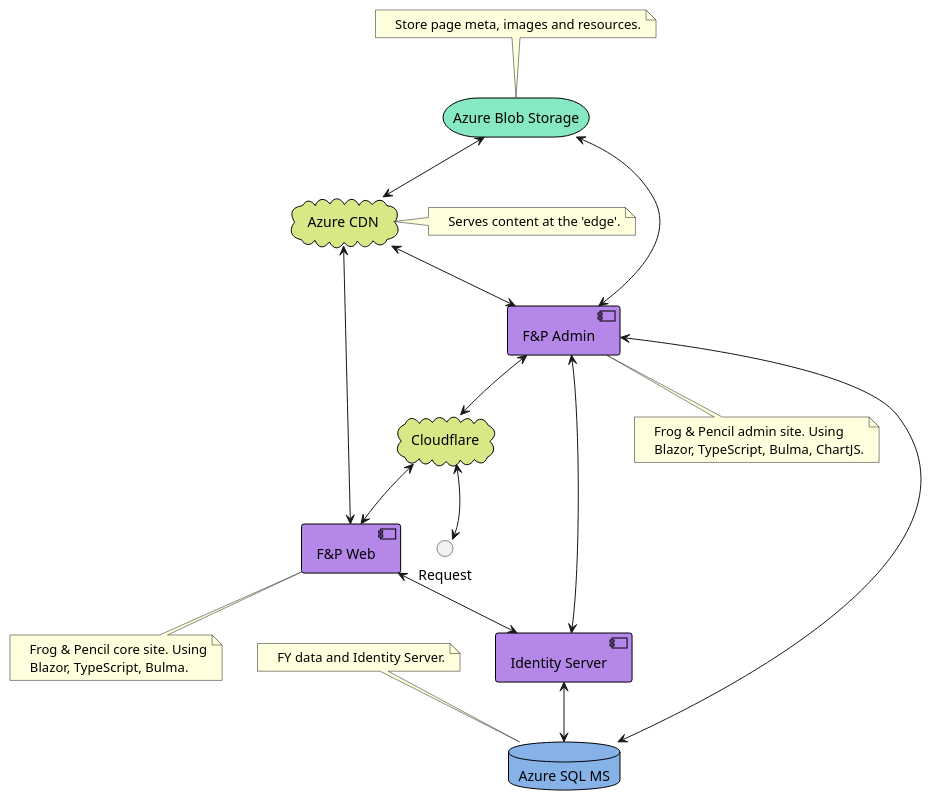
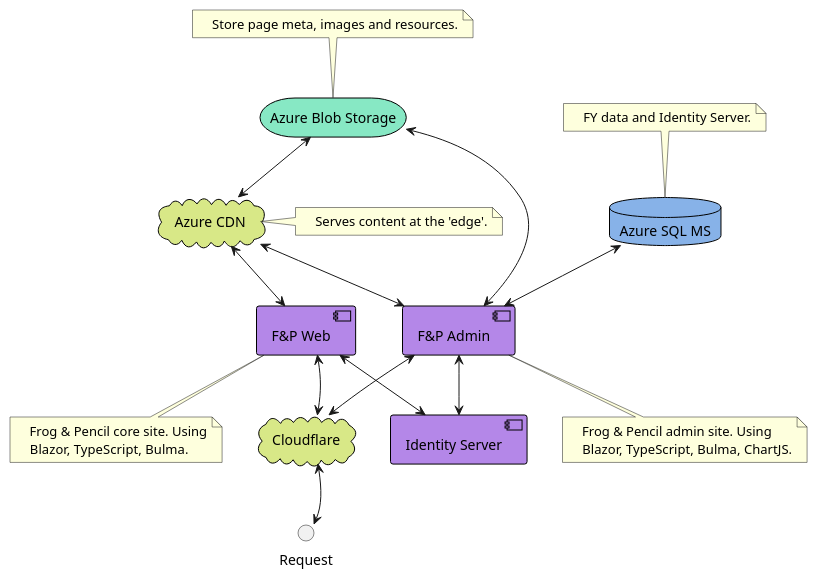
The second of 2 diagrams in obsidian-vault/🐸 Frog & Pencil/Architecture Diagram.md (bearandhammer/knowledge-vault), drawn with PlantUML before and after one commit.

Commit message:
Lews PC vault backup: 07/04/2022 08:43:19
Affected files:
obsidian-vault/🐸 Frog & Pencil/Architecture Diagram.md

````diff
--- a/obsidian-vault/🐸 Frog & Pencil/Architecture Diagram.md
+++ b/obsidian-vault/🐸 Frog & Pencil/Architecture Diagram.md
@@ -72,7 +72,6 @@
 }
 
 component "Identity Server" as IS {
-
 }
 
 cloud "Azure CDN" as ACDN {
@@ -110,10 +109,8 @@
 REQ <--> CF
 FPA <--> IS
 FPW <--> IS
-IS <--> ASMS
 
 CF -[hidden]d-> REQ
 FPA -[hidden]-> CF
 FPW -[hidden]-> CF
-FPA -[hidden]r-> IS
 ```
````
